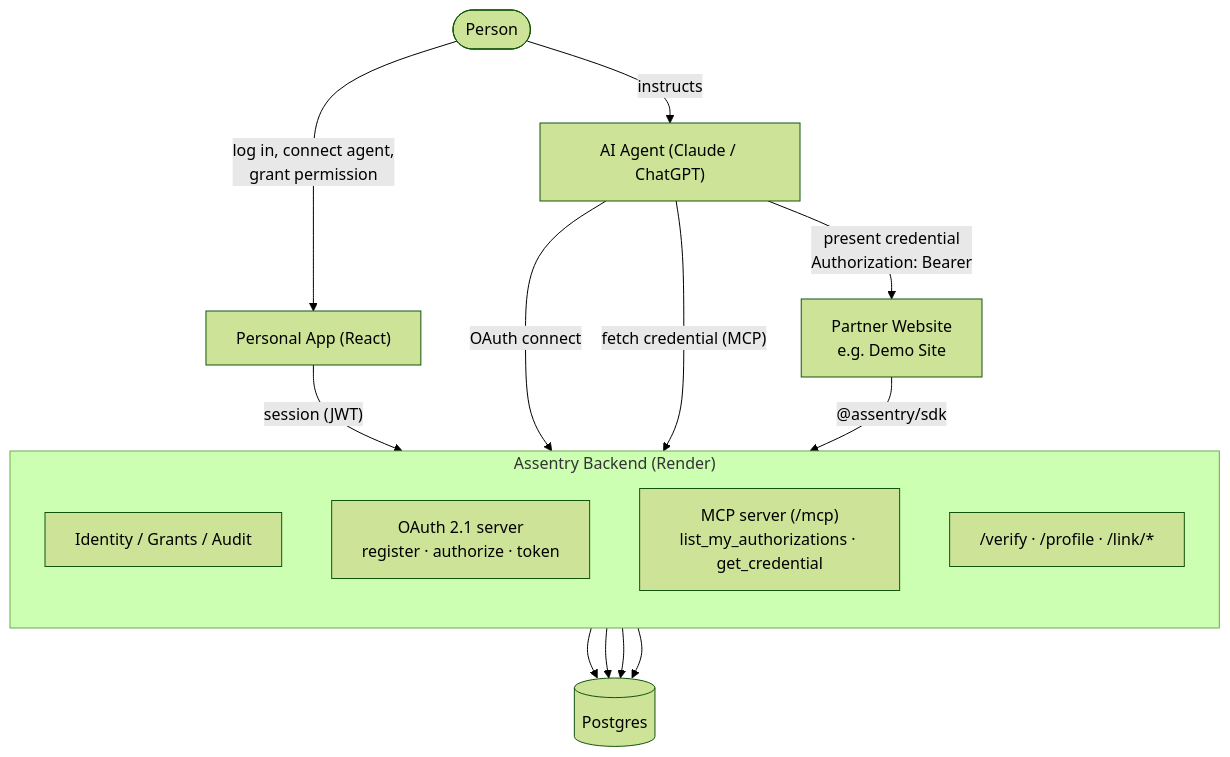
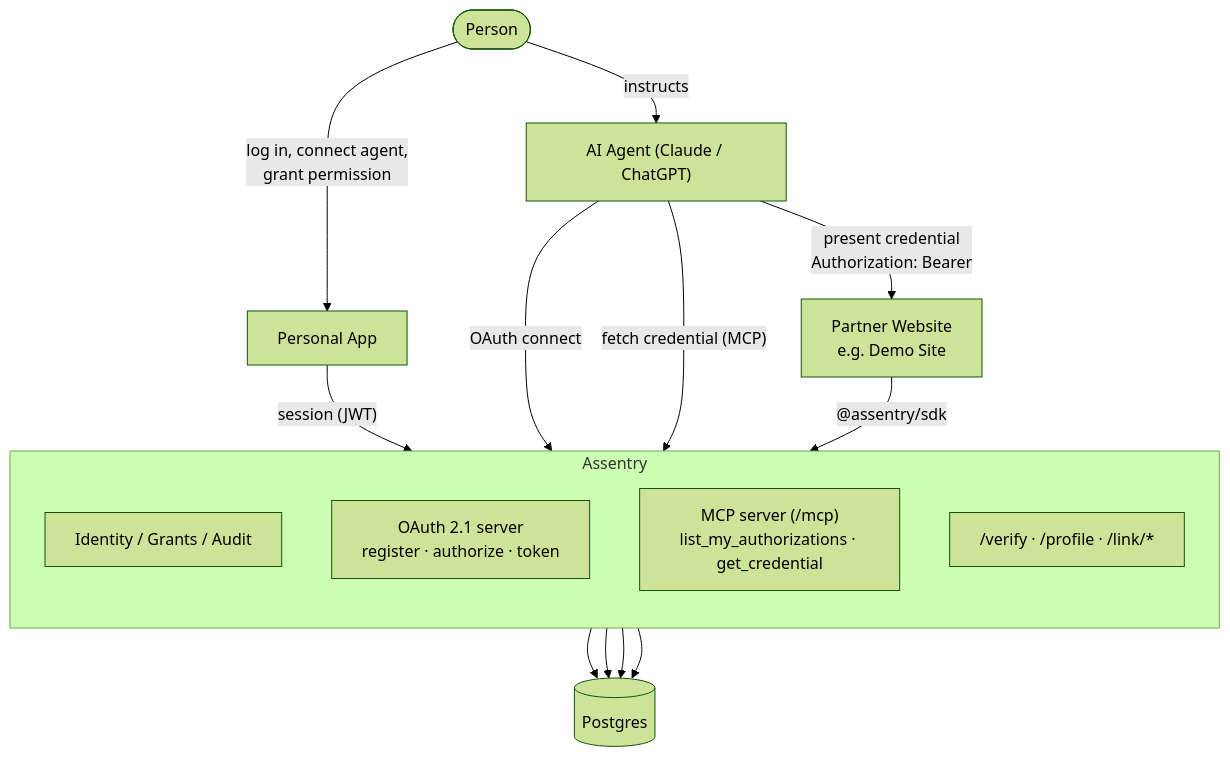
Before and after one commit to assentry/assentry: the diagram in ARCHITECTURE.md, drawn with Mermaid (forest theme). The commit also changed 1 other file, not shown here.

Commit message:
Docs: don't name the hosting or the stack

````diff
--- a/ARCHITECTURE.md
+++ b/ARCHITECTURE.md
@@ -3,28 +3,28 @@
 ```mermaid
 flowchart TB
     User(["Person"])
-    App["Personal App (React)"]
+    App["Personal App"]
     Agent["AI Agent (Claude / ChatGPT)"]
     Partner["Partner Website<br/>e.g. Demo Site"]
     DB[("Postgres")]
 
-    subgraph Assentry["Assentry Backend (Render)"]
+    subgraph Assentry["Assentry"]
         direction TB
         Core["Identity / Grants / Audit"]
         OAuthSrv["OAuth 2.1 server<br/>register · authorize · token"]
         MCP["MCP server (/mcp)<br/>list_my_authorizations · get_credential"]
         Verify["/verify · /profile · /link/*"]
     end
 
     User -- "log in, connect agent,<br/>grant permission" --> App
     App -- "session (JWT)" --> Core
     User -- "instructs" --> Agent
     Agent -- "OAuth connect" --> OAuthSrv
     Agent -- "fetch credential (MCP)" --> MCP
     Agent -- "present credential<br/>Authorization: Bearer" --> Partner
     Partner -- "@assentry/sdk" --> Verify
     Core --> DB
     OAuthSrv --> DB
     MCP --> DB
     Verify --> DB
 ```
````
